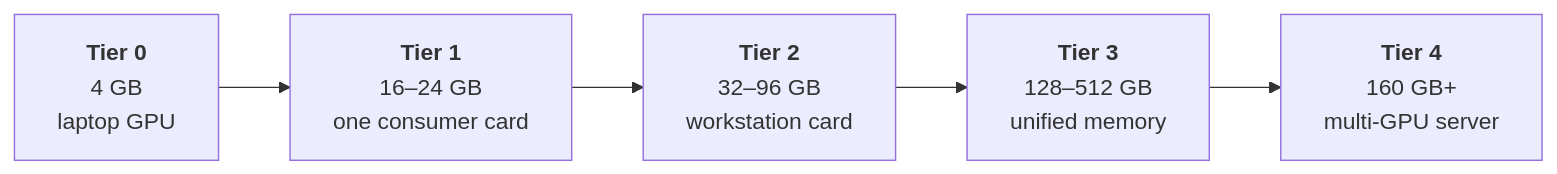
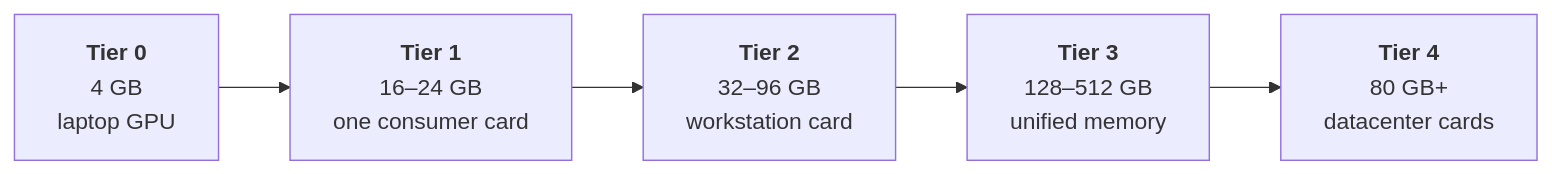
The first of 2 diagrams in book/08-the-model-landscape.md (kamil-kielbasa/ai-infrastructure-book), drawn with Mermaid before and after one commit. The commit also changed other lines of this file and 16 other files, not shown here.

````diff
--- a/book/08-the-model-landscape.md
+++ b/book/08-the-model-landscape.md
@@ -79,7 +73,7 @@
 ```mermaid
 flowchart LR
     T0["<b>Tier 0</b><br/>4 GB<br/>laptop GPU"] --> T1["<b>Tier 1</b><br/>16–24 GB<br/>one consumer card"]
     T1 --> T2["<b>Tier 2</b><br/>32–96 GB<br/>workstation card"]
     T2 --> T3["<b>Tier 3</b><br/>128–512 GB<br/>unified memory"]
-    T3 --> T4["<b>Tier 4</b><br/>160 GB+<br/>multi-GPU server"]
+    T3 --> T4["<b>Tier 4</b><br/>80 GB+<br/>datacenter cards"]
 ```
````
